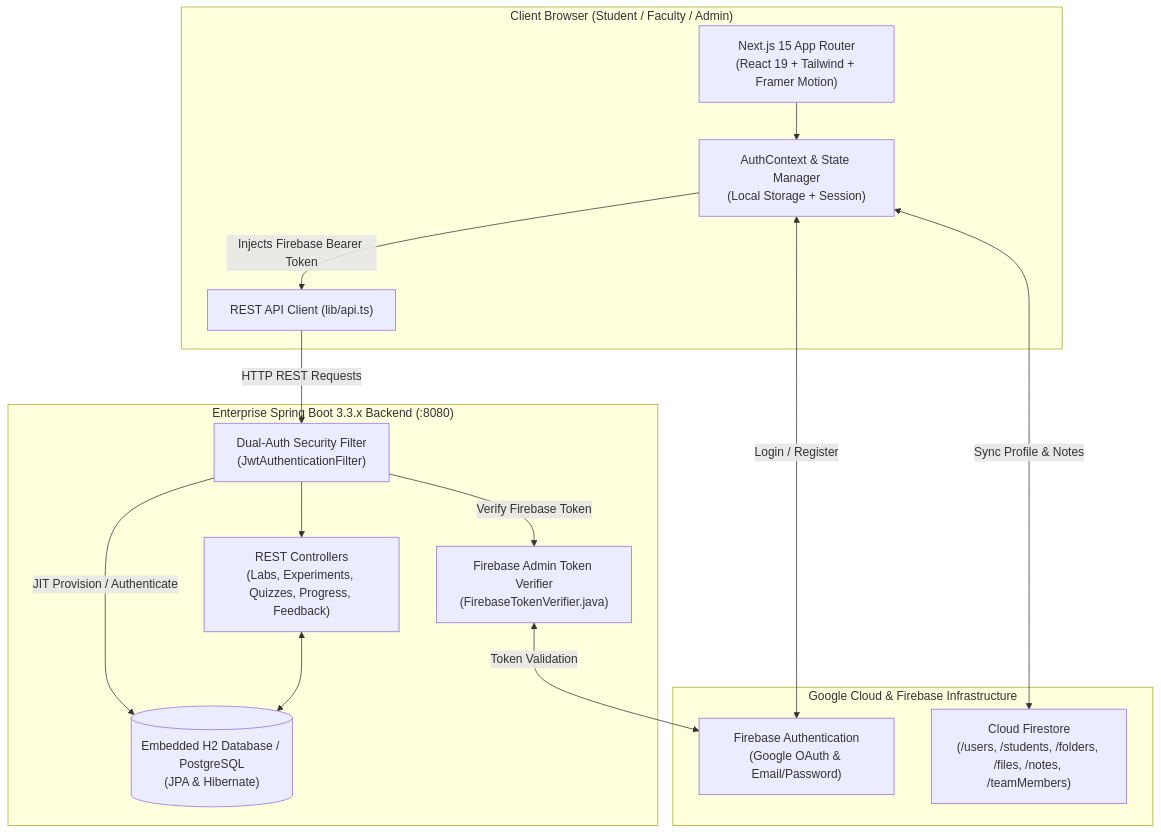
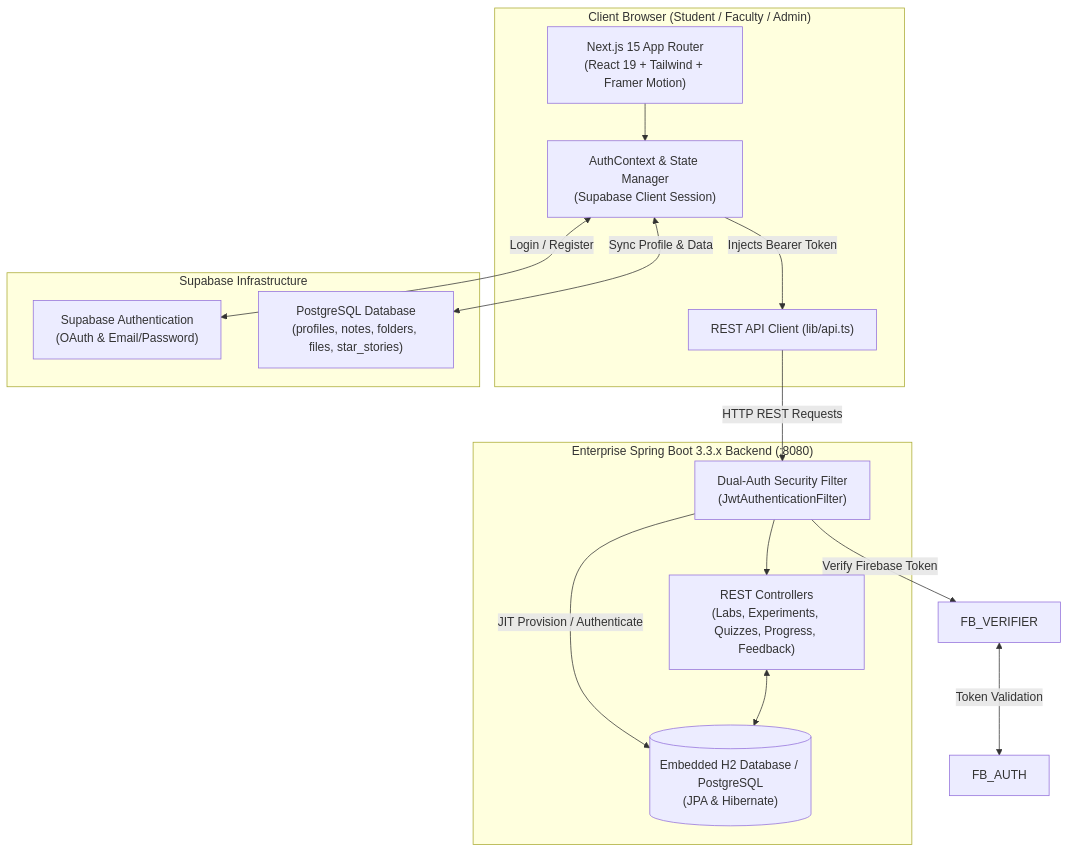
Before and after one commit to Nishanth401/Virtual-Labs: the first of 2 diagrams in README.md, drawn with Mermaid. The commit also changed other lines of this file and 54 other files, not shown here.

Commit message:
feat: add Supabase Postgres best practices documentation and configure frontend authentication middleware

````diff
--- a/README.md
+++ b/README.md
@@ -36,32 +35,31 @@
 ```mermaid
 graph TD
     subgraph Client ["Client Browser (Student / Faculty / Admin)"]
         UI["Next.js 15 App Router\n(React 19 + Tailwind + Framer Motion)"]
-        AUTH_CTX["AuthContext & State Manager\n(Local Storage + Session)"]
+        AUTH_CTX["AuthContext & State Manager\n(Supabase Client Session)"]
         API_CLIENT["REST API Client (lib/api.ts)"]
     end
 
-    subgraph FirebaseCloud ["Google Cloud & Firebase Infrastructure"]
-        FB_AUTH["Firebase Authentication\n(Google OAuth & Email/Password)"]
-        FIRESTORE["Cloud Firestore\n(/users, /students, /folders, /files, /notes, /teamMembers)"]
+    subgraph SupabaseCloud ["Supabase Infrastructure"]
+        SB_AUTH["Supabase Authentication\n(OAuth & Email/Password)"]
+        SB_DB["PostgreSQL Database\n(profiles, notes, folders, files, star_stories)"]
     end
 
     subgraph SpringBackend ["Enterprise Spring Boot 3.3.x Backend (:8080)"]
         SEC_FILTER["Dual-Auth Security Filter\n(JwtAuthenticationFilter)"]
-        FB_VERIFIER["Firebase Admin Token Verifier\n(FirebaseTokenVerifier.java)"]
         CONTROLLERS["REST Controllers\n(Labs, Experiments, Quizzes, Progress, Feedback)"]
         H2_DB[("Embedded H2 Database / PostgreSQL\n(JPA & Hibernate)")]
     end
 
     UI --> AUTH_CTX
-    AUTH_CTX <-->|Login / Register| FB_AUTH
-    AUTH_CTX <-->|Sync Profile & Notes| FIRESTORE
-    AUTH_CTX -->|Injects Firebase Bearer Token| API_CLIENT
+    AUTH_CTX <-->|Login / Register| SB_AUTH
+    AUTH_CTX <-->|Sync Profile & Data| SB_DB
+    AUTH_CTX -->|Injects Bearer Token| API_CLIENT
     API_CLIENT -->|HTTP REST Requests| SEC_FILTER
 
     SEC_FILTER -->|Verify Firebase Token| FB_VERIFIER
     FB_VERIFIER <-->|Token Validation| FB_AUTH
     SEC_FILTER -->|JIT Provision / Authenticate| H2_DB
     SEC_FILTER --> CONTROLLERS
     CONTROLLERS <--> H2_DB
 ```
````
